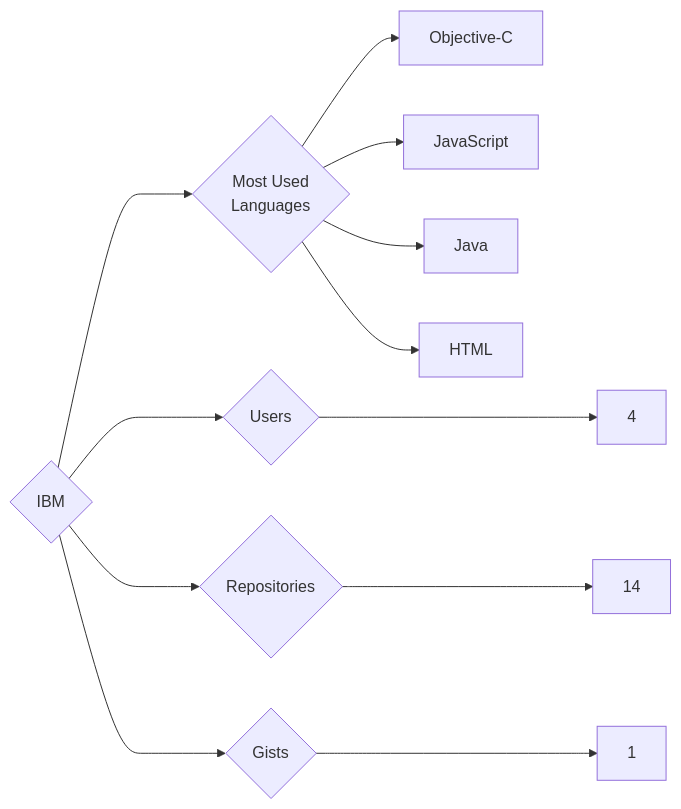
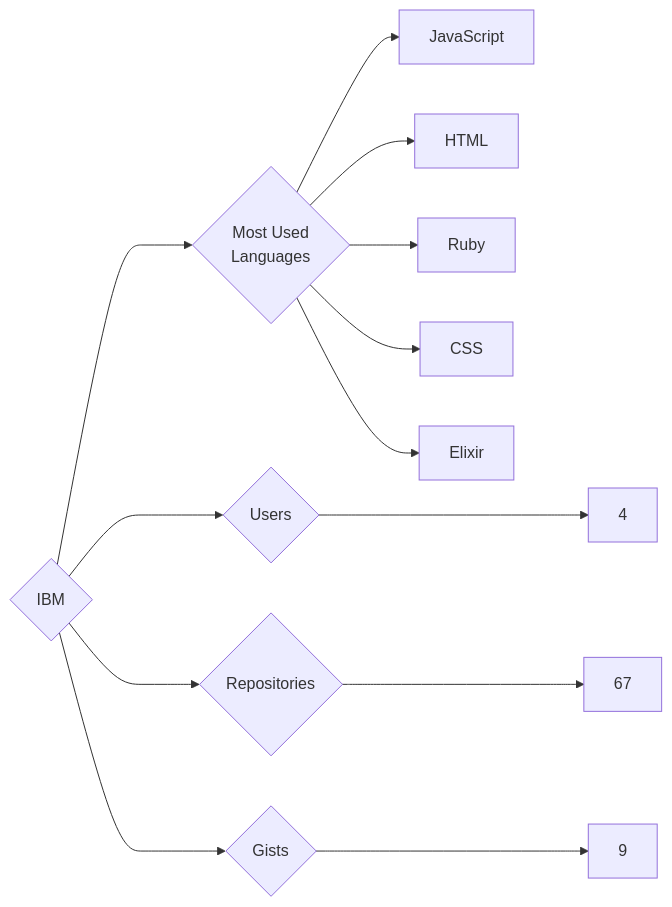
One commit to trickest/insiders changed the diagram in targets/IBM/README.md. Above: the diagram before and after it, drawn with Mermaid. The commit also changed 1175 other files, not shown here.

````diff
--- a/targets/IBM/README.md
+++ b/targets/IBM/README.md
@@ -3,12 +3,13 @@
 ```mermaid
 graph LR
 COMPANY_NAME{IBM}
 COMPANY_NAME ---> U{Users} ---> UN[4]
-COMPANY_NAME ---> R{Repositories} ---> RN[14]
-COMPANY_NAME ---> G{Gists} ---> GN[1]
+COMPANY_NAME ---> R{Repositories} ---> RN[67]
+COMPANY_NAME ---> G{Gists} ---> GN[9]
 COMPANY_NAME ---> ML{Most Used<br>Languages}
-ML --> Objective-C[Objective-C]
 ML --> JavaScript[JavaScript]
-ML --> Java[Java]
 ML --> HTML[HTML]
+ML --> Ruby[Ruby]
+ML --> CSS[CSS]
+ML --> Elixir[Elixir]
 ```
````
